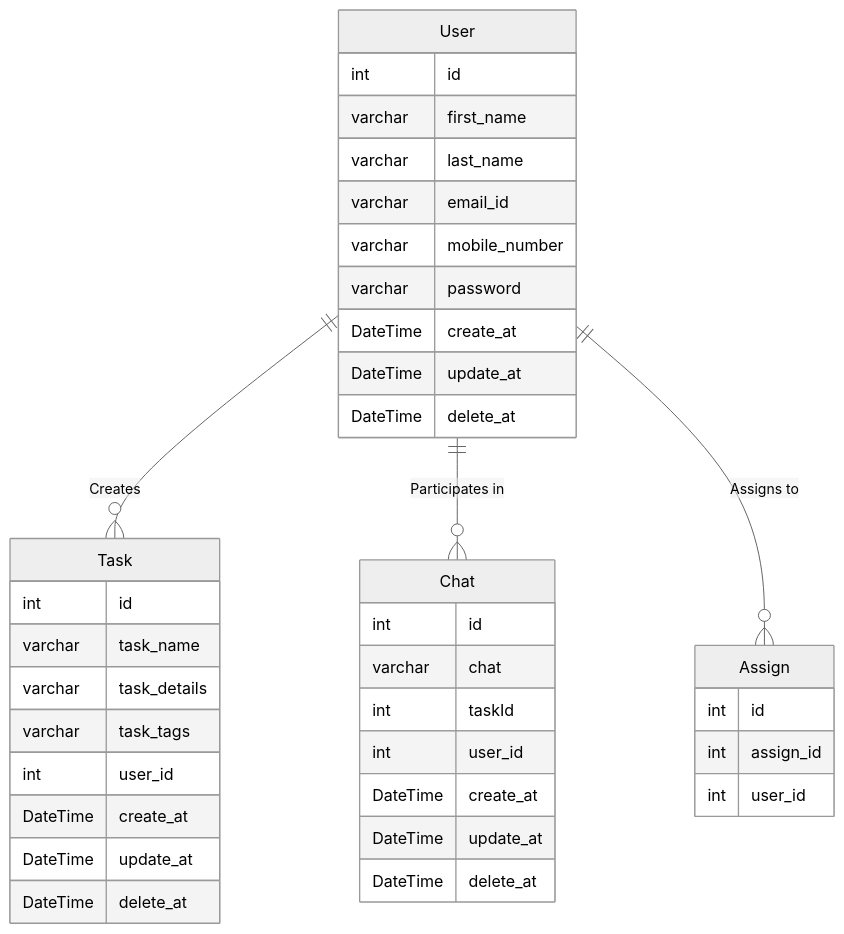
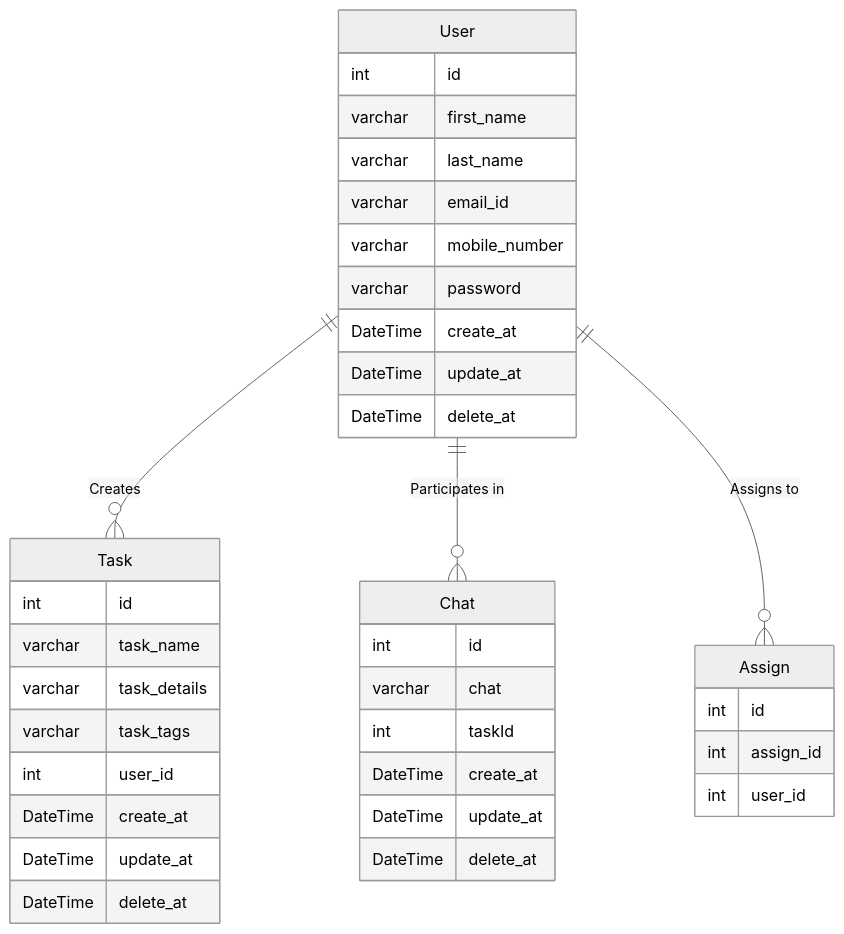
One commit to techstarMahesh/imsystem-nest-js changed the diagram in docs/erDigram.md. Above: the diagram before and after it, drawn with Mermaid (neutral theme). The commit also changed 10 other files, not shown here.

Commit message:
chart CRUD added

````diff
--- a/docs/erDigram.md
+++ b/docs/erDigram.md
@@ -1,47 +1,46 @@
 ```mermaid
 
 erDiagram
 User ||--o{ Task : "Creates"
 User ||--o{ Chat : "Participates in"
 User ||--o{ Assign : "Assigns to"
 
     User {
         int id
         varchar first_name
         varchar last_name
         varchar email_id
         varchar mobile_number
         varchar password
         DateTime create_at
         DateTime update_at
         DateTime delete_at
     }
 
     Task {
         int id
         varchar task_name
         varchar task_details
         varchar task_tags
         int user_id
         DateTime create_at
         DateTime update_at
         DateTime delete_at
     }
 
     Chat {
         int id
         varchar chat
         int taskId
-        int user_id
         DateTime create_at
         DateTime update_at
         DateTime delete_at
     }
 
     Assign {
         int id
         int assign_id
         int user_id
     }
 
 ```
````
